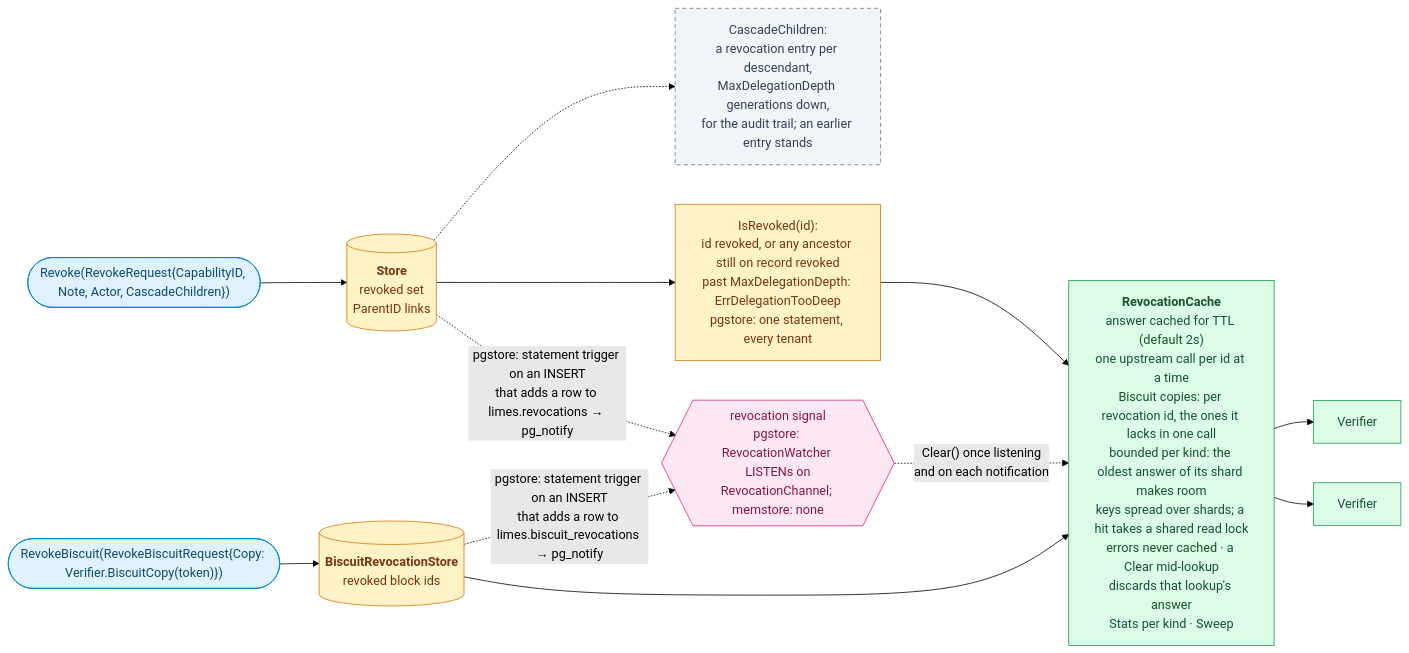
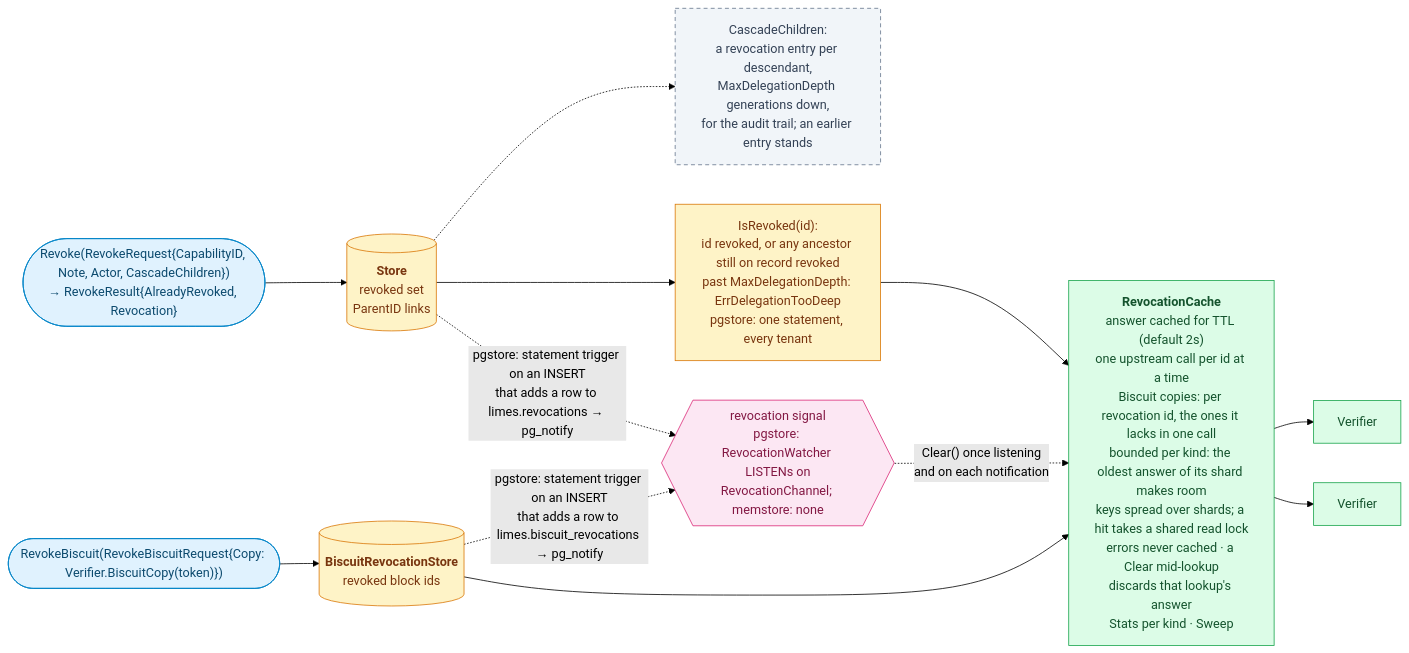
Diagram 11 of 13 in docs/diagrams.md (oleg-tkachuk/limes), drawn with Mermaid (forest theme) before and after one commit. The commit also changed 2 other files, not shown here.

Commit message:
docs: describe RevokeResult and its migration

````diff
--- a/docs/diagrams.md
+++ b/docs/diagrams.md
@@ -894,34 +894,34 @@
 ```mermaid
 flowchart LR
-    op(["Revoke(RevokeRequest{CapabilityID, Note, Actor, CascadeChildren})"])
+    op(["Revoke(RevokeRequest{CapabilityID, Note, Actor, CascadeChildren})<br/>→ RevokeResult{AlreadyRevoked, Revocation}"])
     store[("<b>Store</b><br/>revoked set<br/>ParentID links")]
     cascade["CascadeChildren:<br/>a revocation entry per descendant,<br/>MaxDelegationDepth generations down,<br/>for the audit trail; an earlier entry stands"]
     chain["IsRevoked(id):<br/>id revoked, or any ancestor still on record revoked<br/>past MaxDelegationDepth: ErrDelegationTooDeep<br/>pgstore: one statement, every tenant"]
     cache["<b>RevocationCache</b><br/>answer cached for TTL (default 2s)<br/>one upstream call per id at a time<br/>Biscuit copies: per revocation id, the ones it lacks in one call<br/>bounded per kind: the oldest answer of its shard makes room<br/>keys spread over shards; a hit takes a shared read lock<br/>errors never cached · a Clear mid-lookup<br/>discards that lookup's answer<br/>Stats per kind · Sweep"]
     notify{{"revocation signal<br/>pgstore: RevocationWatcher LISTENs on<br/>RevocationChannel; memstore: none"}}
     bop(["RevokeBiscuit(RevokeBiscuitRequest{Copy: Verifier.BiscuitCopy(token)})"])
     blist[("<b>BiscuitRevocationStore</b><br/>revoked block ids")]
     v1["Verifier"]
     v2["Verifier"]
 
     op --> store
     store -.-> cascade
     store --> chain --> cache
     cache --> v1
     cache --> v2
     store -. "pgstore: statement trigger on an INSERT<br/>that adds a row to limes.revocations → pg_notify" .-> notify
     blist -. "pgstore: statement trigger on an INSERT<br/>that adds a row to limes.biscuit_revocations → pg_notify" .-> notify
     notify -. "Clear() once listening<br/>and on each notification" .-> cache
     bop --> blist --> cache
 
     classDef client fill:#E0F2FE,stroke:#0284C7,color:#0C4A6E
     classDef role fill:#DCFCE7,stroke:#16A34A,color:#14532D
     classDef optional fill:#F1F5F9,stroke:#64748B,color:#334155,stroke-dasharray:5 4
     classDef store fill:#FEF3C7,stroke:#D97706,color:#78350F
     classDef external fill:#FCE7F3,stroke:#DB2777,color:#831843
     class op,bop client
     class v1,v2,cache role
     class cascade optional
     class store,chain,blist store
     class notify external
 ```
````
